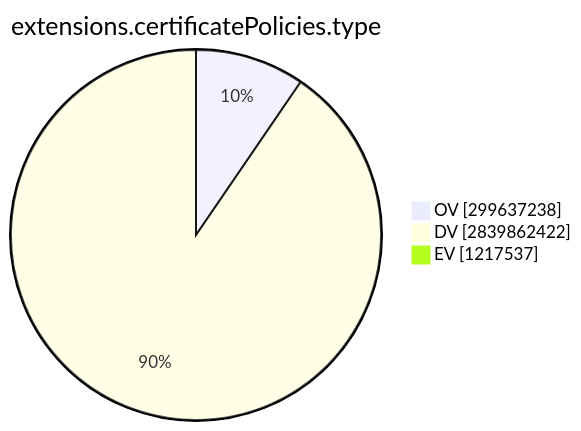
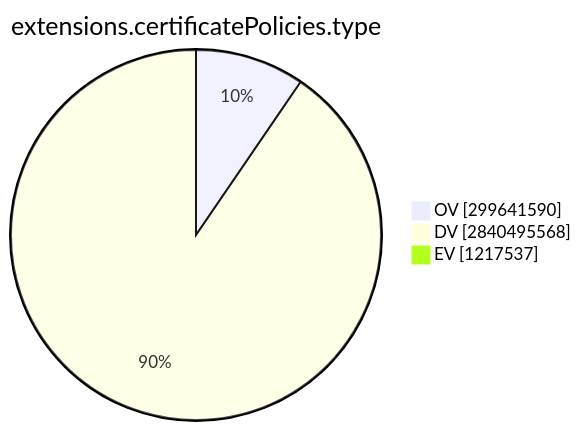
Before and after one commit to christiankrug/ctmonitor_visualization: the ninth of 15 diagrams in TOTAL/README.md, drawn with Mermaid. The commit also changed other lines of this file, not shown here.

````diff
--- a/TOTAL/README.md
+++ b/TOTAL/README.md
@@ -3101,7 +3101,7 @@
 ```mermaid
 pie showData
 title extensions.certificatePolicies.type
-"OV" :299637238
-"DV" :2839862422
+"OV" :299641590
+"DV" :2840495568
 "EV" :1217537
 ```
````
